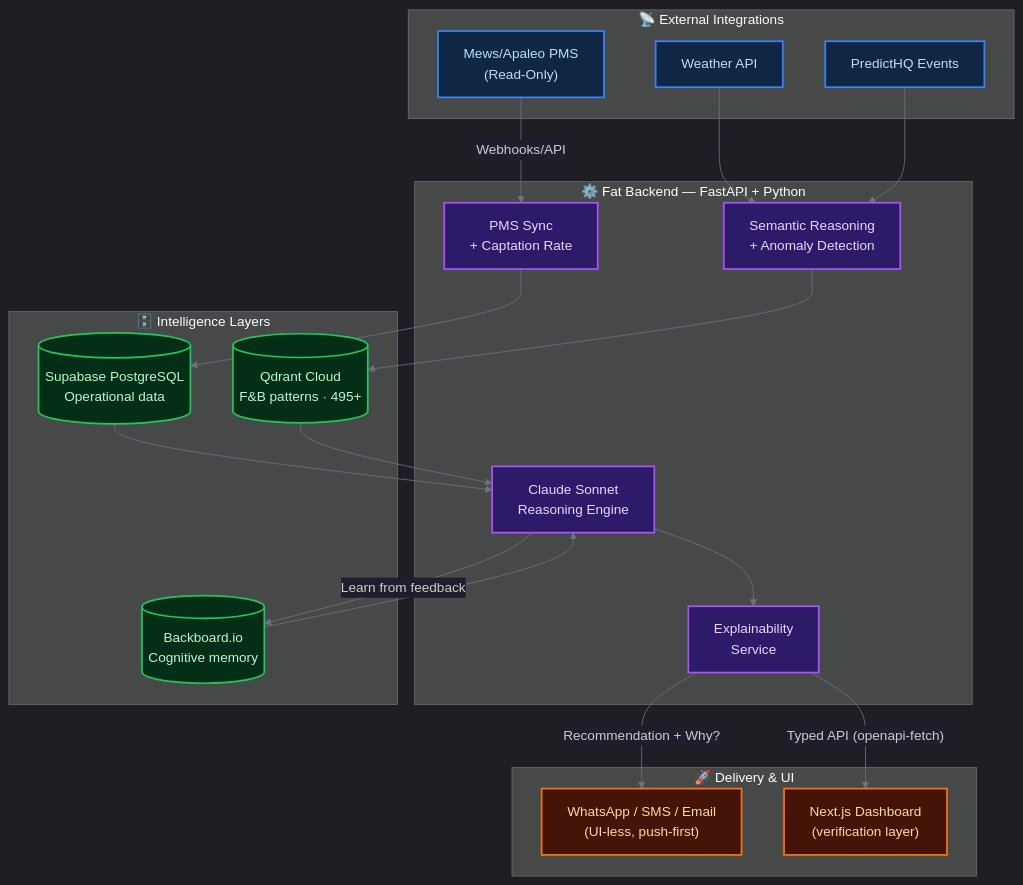
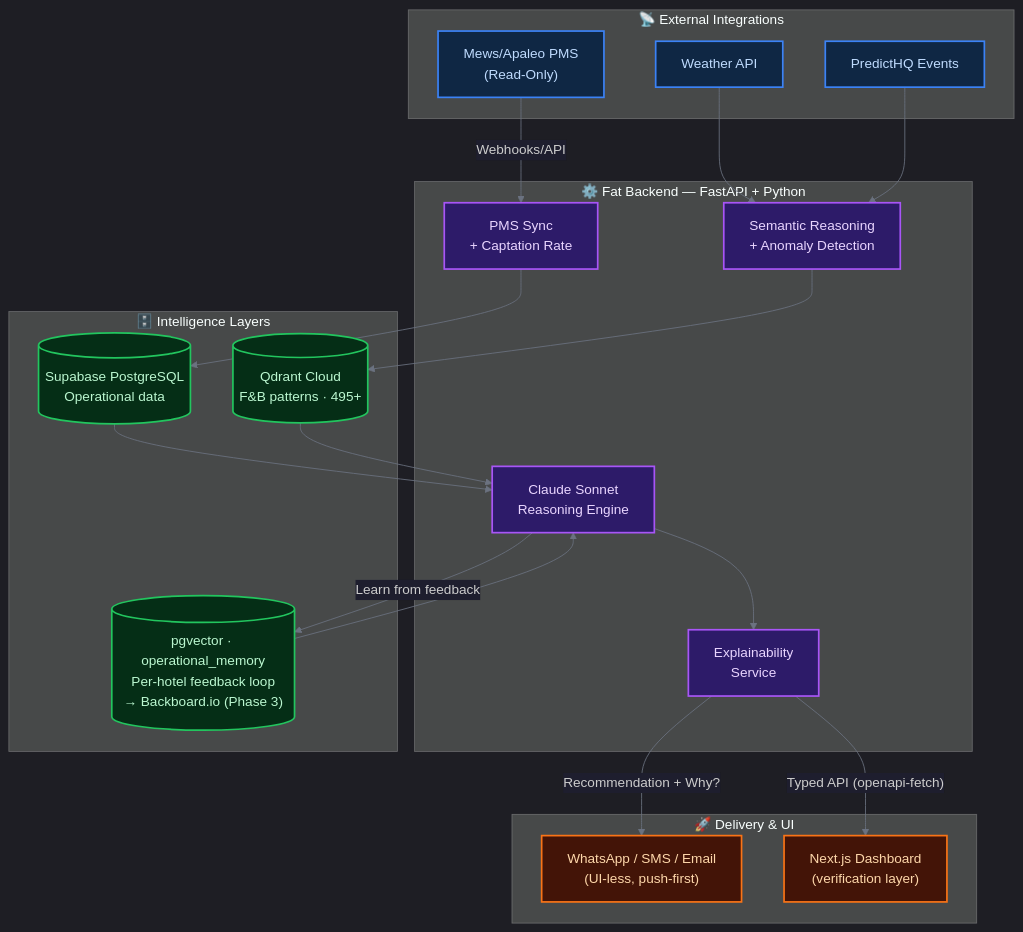
One commit to IvandeMurard/Hospitality-Operations-Agentic-AI-B2B changed the diagram in README.md. Above: the diagram before and after it, drawn with Mermaid. The commit also changed other lines of this file and 1 other file, not shown here.

First line of the commit message:
arch: introduce MemoryProvider abstraction — pgvector MVP, Backboard Phase 3

````diff
--- a/README.md
+++ b/README.md
@@ -88,50 +88,50 @@
 ```mermaid
 %%{init: {'theme': 'dark', 'themeVariables': {'edgeLabelBackground': '#1e1e2e', 'lineColor': '#6b7280'}}}%%
 graph TD
     subgraph EXT["📡 External Integrations"]
         PMS["Mews/Apaleo PMS\n(Read-Only)"]
         Weather["Weather API"]
         Events["PredictHQ Events"]
     end
 
     subgraph BACK["⚙️ Fat Backend — FastAPI + Python"]
         Sync["PMS Sync\n+ Captation Rate"]
         Semantic["Semantic Reasoning\n+ Anomaly Detection"]
         RAG["Claude Sonnet\nReasoning Engine"]
         Explain["Explainability\nService"]
     end
 
     subgraph DATA["🗄️ Intelligence Layers"]
         DB[("Supabase PostgreSQL\nOperational data")]
         Vector[("Qdrant Cloud\nF&B patterns · 495+")]
-        Memory[("Backboard.io\nCognitive memory")]
+        Memory[("pgvector · operational_memory\nPer-hotel feedback loop\n→ Backboard.io (Phase 3)")]
     end
 
     subgraph DELIVERY["🚀 Delivery & UI"]
         Push["WhatsApp / SMS / Email\n(UI-less, push-first)"]
         Frontend["Next.js Dashboard\n(verification layer)"]
     end
 
     PMS -- "Webhooks/API" --> Sync
     Weather --> Semantic
     Events --> Semantic
     Sync --> DB
     Semantic --> Vector
     DB --> RAG
     Vector --> RAG
     Memory --> RAG
     RAG --> Explain
     Explain -- "Recommendation + Why?" --> Push
     Explain -- "Typed API (openapi-fetch)" --> Frontend
     RAG -- "Learn from feedback" --> Memory
 
     classDef external  fill:#0f2744,stroke:#3b82f6,stroke-width:2px,color:#bfdbfe
     classDef backend   fill:#2d1b69,stroke:#a855f7,stroke-width:2px,color:#e9d5ff
     classDef db        fill:#052e16,stroke:#22c55e,stroke-width:2px,color:#bbf7d0
     classDef delivery  fill:#431407,stroke:#f97316,stroke-width:2px,color:#fed7aa
 
     class PMS,Weather,Events external
     class Sync,Semantic,RAG,Explain backend
     class DB,Vector,Memory db
     class Push,Frontend delivery
 ```
````
